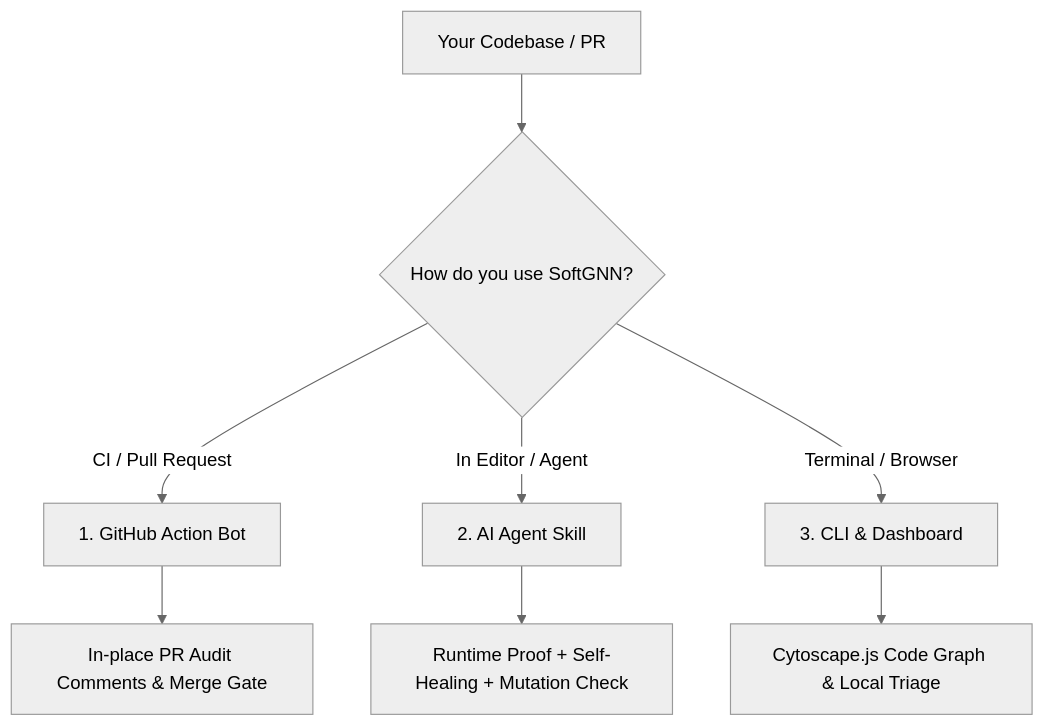
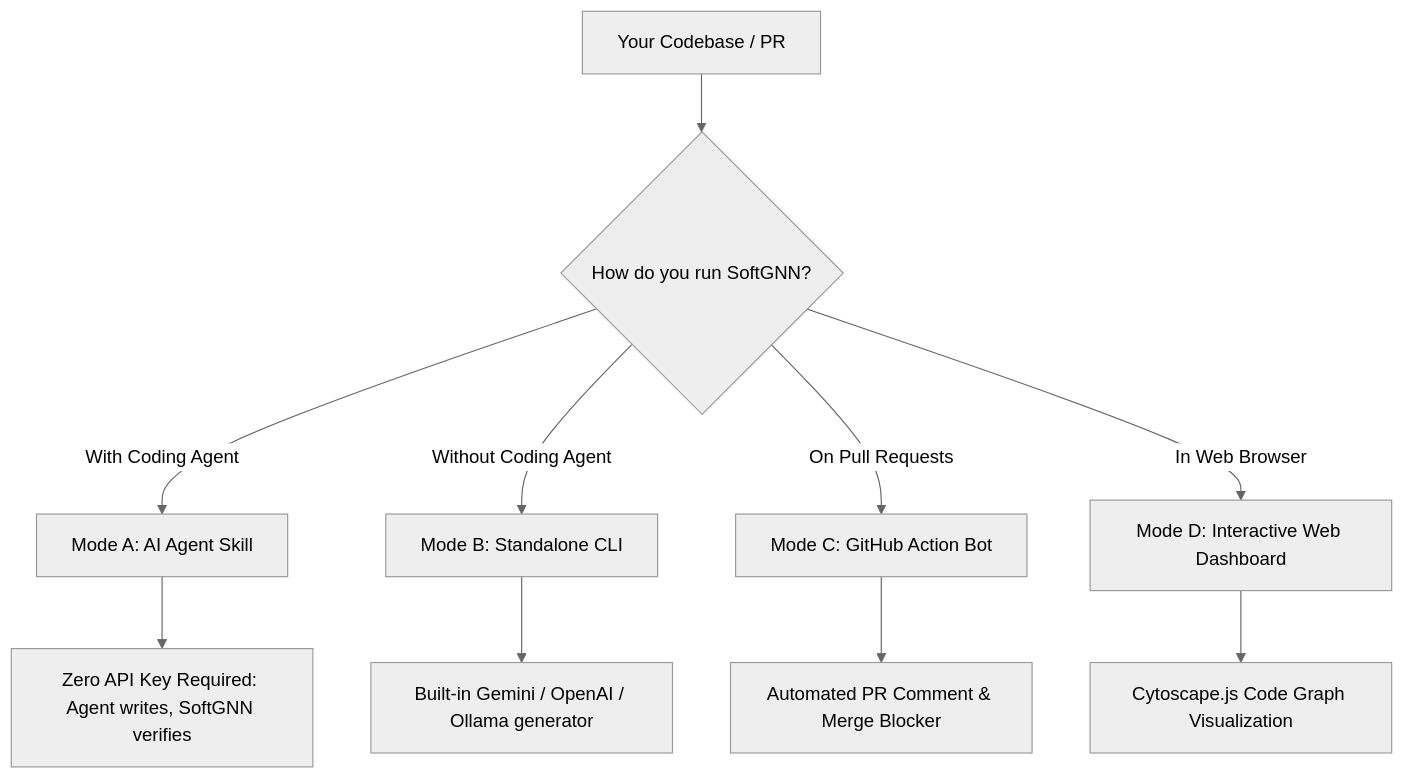
The second of 2 diagrams in README.md (minhquang0407/proven), drawn with Mermaid (neutral theme) before and after one commit. The commit also changed other lines of this file and 1 other file, not shown here.

Commit message:
docs: expand README and CLI reference with standalone mode, API key setup, and complete command matrix

````diff
--- a/README.md
+++ b/README.md
@@ -50,11 +52,13 @@
 ```mermaid
 flowchart TD
-    Repo[Your Codebase / PR] --> Choice{How do you use SoftGNN?}
-    Choice -->|CI / Pull Request| GA[1. GitHub Action Bot]
-    Choice -->|In Editor / Agent| Skill[2. AI Agent Skill]
-    Choice -->|Terminal / Browser| CLI[3. CLI & Dashboard]
+    Repo[Your Codebase / PR] --> Choice{How do you run SoftGNN?}
+    Choice -->|With Coding Agent| AgentMode[Mode A: AI Agent Skill]
+    Choice -->|Without Coding Agent| StandaloneMode[Mode B: Standalone CLI]
+    Choice -->|On Pull Requests| ActionBot[Mode C: GitHub Action Bot]
+    Choice -->|In Web Browser| Dashboard[Mode D: Interactive Web Dashboard]
 
-    GA --> Comment[In-place PR Audit Comments & Merge Gate]
-    Skill --> Proof[Runtime Proof + Self-Healing + Mutation Check]
-    CLI --> Graph[Cytoscape.js Code Graph & Local Triage]
+    AgentMode --> ZeroKey[Zero API Key Required: Agent writes, SoftGNN verifies]
+    StandaloneMode --> BuiltInLLM[Built-in Gemini / OpenAI / Ollama generator]
+    ActionBot --> PRComment[Automated PR Comment & Merge Blocker]
+    Dashboard --> GraphView[Cytoscape.js Code Graph Visualization]
 ```
````
